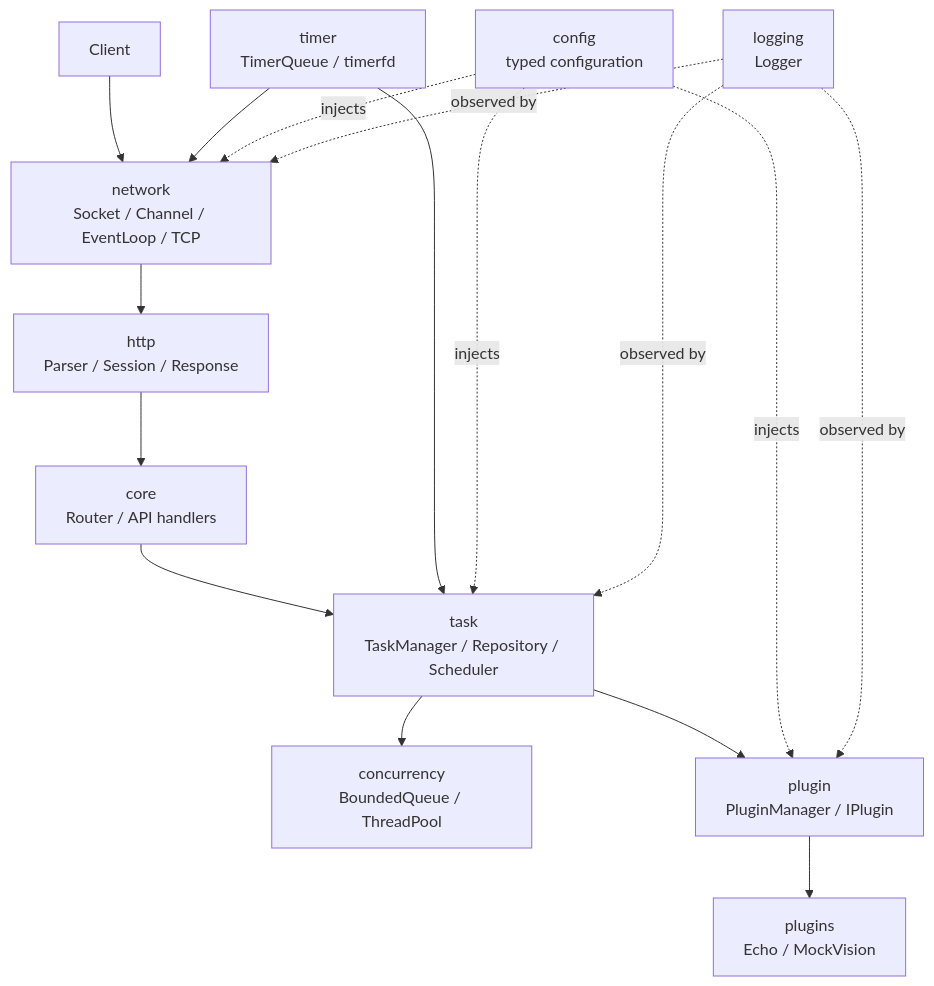
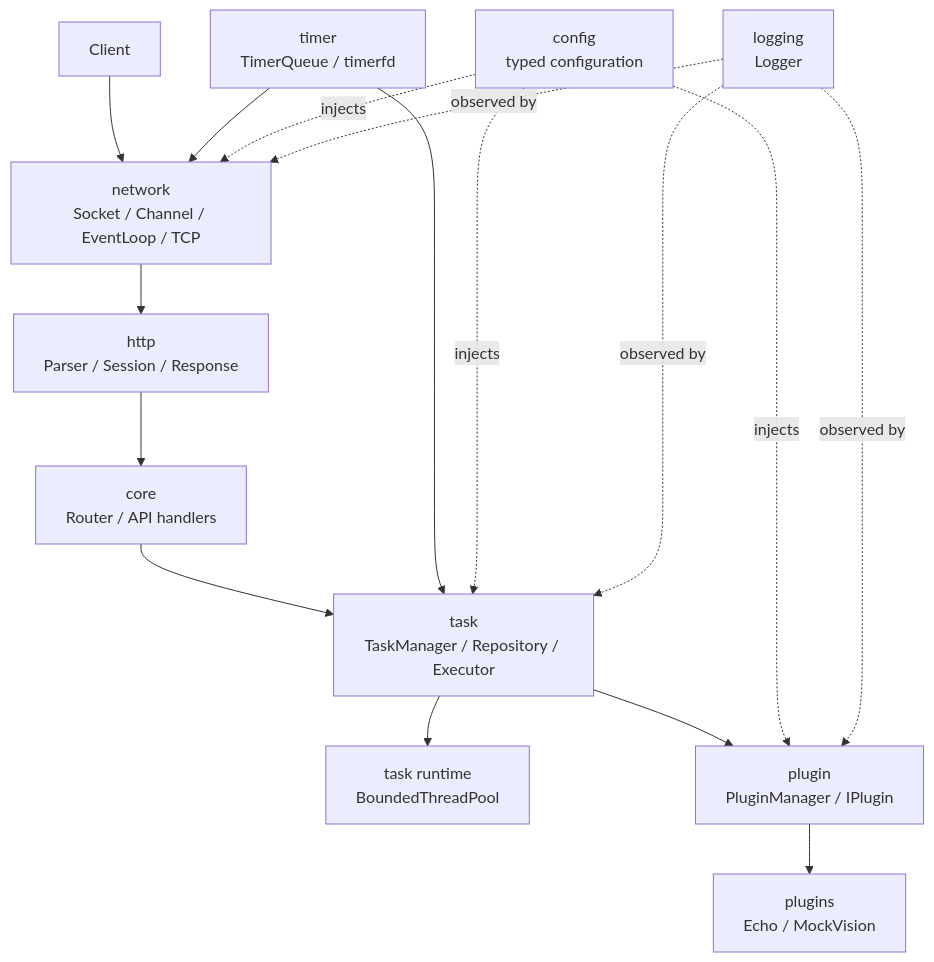
Before and after one commit to realme-max/IndustrialAIServiceFramework: the first of 10 diagrams in docs/architecture.md, drawn with Mermaid. The commit also changed other lines of this file and 31 other files, not shown here.

Commit message:
feat: implement bounded task runtime

````diff
--- a/docs/architecture.md
+++ b/docs/architecture.md
@@ -175,30 +210,30 @@
 ```mermaid
 flowchart TB
     Client["Client"]
     Network["network<br/>Socket / Channel / EventLoop / TCP"]
     Http["http<br/>Parser / Session / Response"]
     Router["core<br/>Router / API handlers"]
-    Task["task<br/>TaskManager / Repository / Scheduler"]
-    Concurrency["concurrency<br/>BoundedQueue / ThreadPool"]
+    Task["task<br/>TaskManager / Repository / Executor"]
+    Concurrency["task runtime<br/>BoundedThreadPool"]
     Plugin["plugin<br/>PluginManager / IPlugin"]
     Examples["plugins<br/>Echo / MockVision"]
     Timer["timer<br/>TimerQueue / timerfd"]
     Logging["logging<br/>Logger"]
     Config["config<br/>typed configuration"]
 
     Client --> Network
     Network --> Http
     Http --> Router
     Router --> Task
     Task --> Concurrency
     Task --> Plugin
     Plugin --> Examples
     Timer --> Network
     Timer --> Task
     Config -. injects .-> Network
     Config -. injects .-> Task
     Config -. injects .-> Plugin
     Logging -. observed by .-> Network
     Logging -. observed by .-> Task
     Logging -. observed by .-> Plugin
 ```
````
